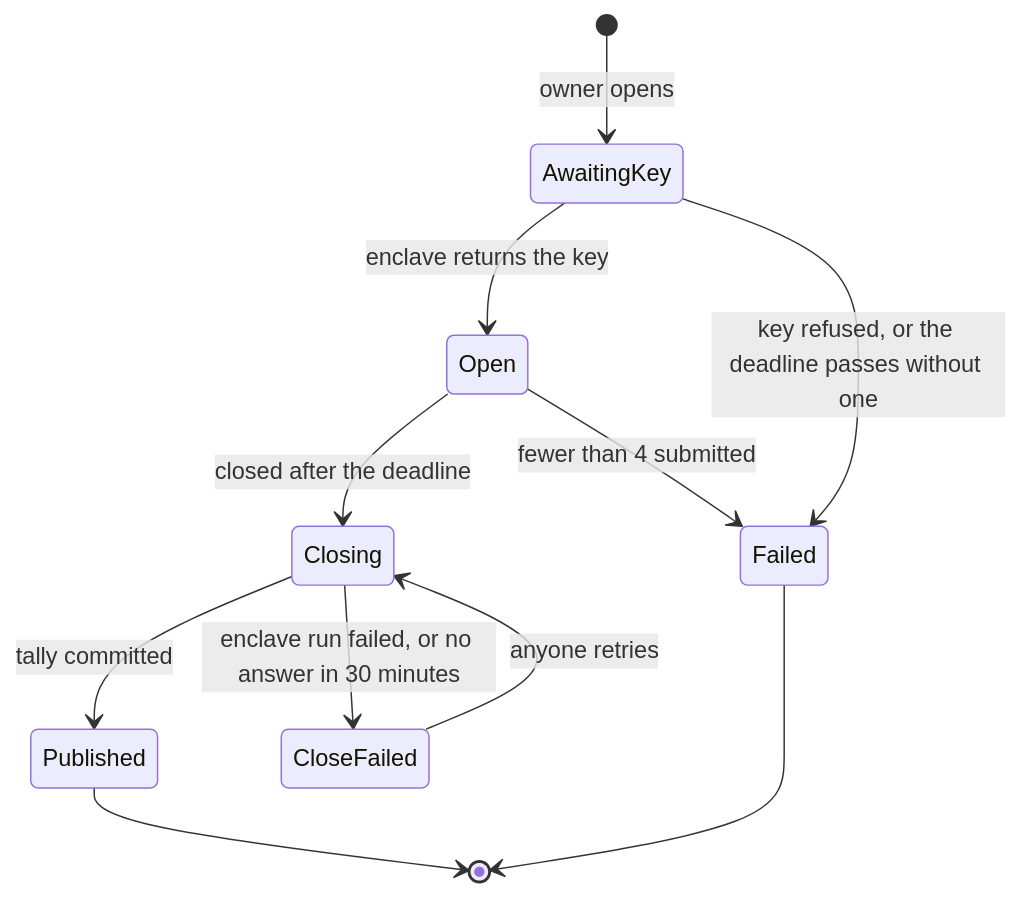
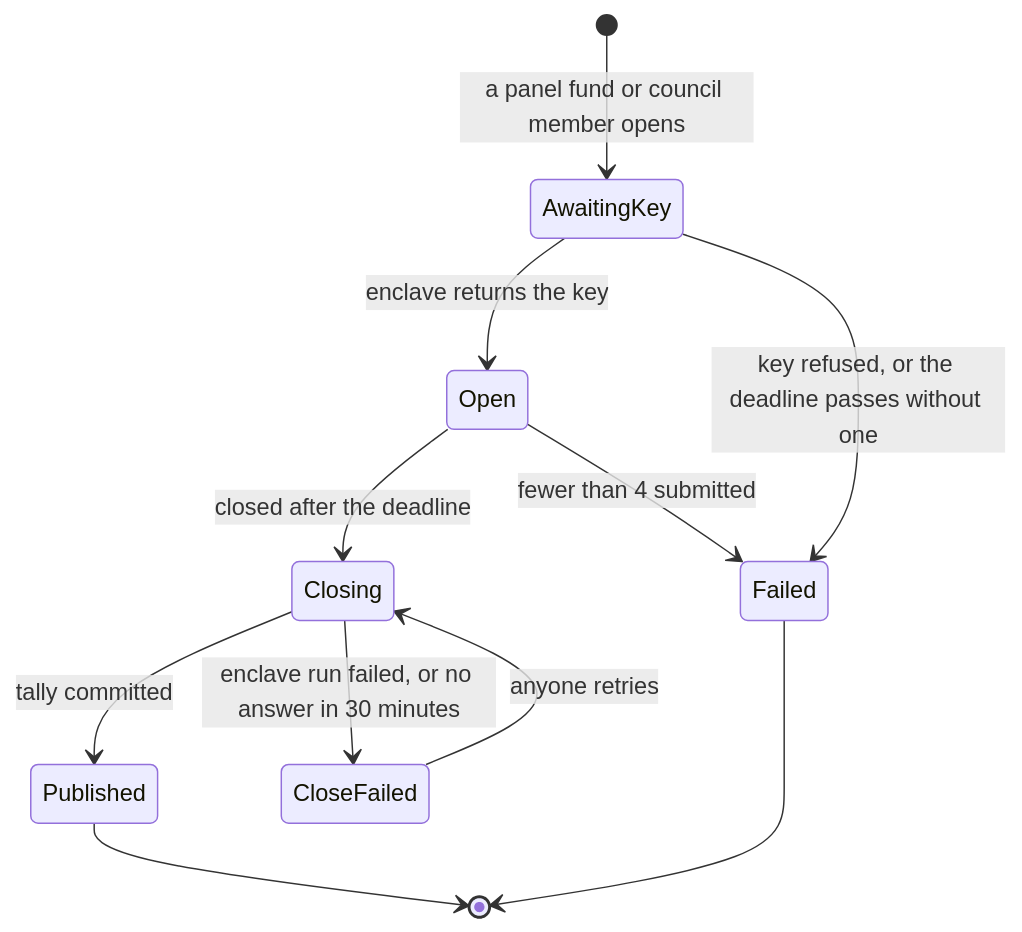
The third of 3 diagrams in README.md (Dami904/nema), drawn with Mermaid before and after one commit. The commit also changed other lines of this file and 27 other files, not shown here.

First line of the commit message:
v2: a council replaces the owner

````diff
--- a/README.md
+++ b/README.md
@@ -287,13 +287,13 @@
 ```mermaid
 stateDiagram-v2
-    [*] --> AwaitingKey: owner opens
+    [*] --> AwaitingKey: a panel fund or council member opens
     AwaitingKey --> Open: enclave returns the key
     AwaitingKey --> Failed: key refused, or the deadline passes without one
     Open --> Closing: closed after the deadline
     Open --> Failed: fewer than 4 submitted
     Closing --> Published: tally committed
     Closing --> CloseFailed: enclave run failed, or no answer in 30 minutes
     CloseFailed --> Closing: anyone retries
     Published --> [*]
     Failed --> [*]
 ```
````
